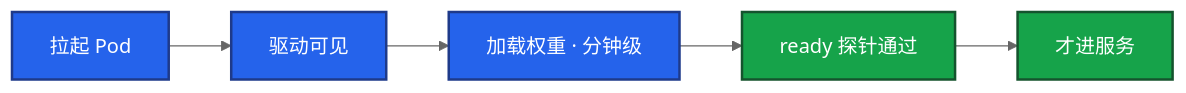
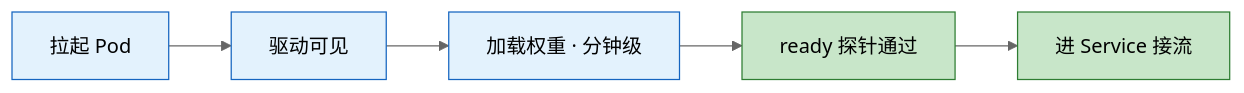
The fifth of 6 diagrams in 09-AI与智能运维/08-GPU与推理服务运维/知识点.md (ml-cuizijun/LearnToLilith), drawn with Mermaid (neutral theme) before and after one commit. The commit also changed other lines of this file and 213 other files, not shown here.

````diff
--- a/09-AI与智能运维/08-GPU与推理服务运维/知识点.md
+++ b/09-AI与智能运维/08-GPU与推理服务运维/知识点.md
@@ -295,12 +230,13 @@
 ```mermaid
 flowchart LR
-    A[拉起 Pod] --> B[驱动可见]
-    B --> C[加载权重 · 分钟级]
-    C --> D[ready 探针通过]
-    D --> E[才进服务]
+    classDef step fill:#e3f2fd,stroke:#1565c0
+    classDef ok fill:#c8e6c9,stroke:#2e7d32
 
-    classDef a fill:#2563EB,stroke:#1E3A8A,stroke-width:2px,color:#fff
-    classDef ok fill:#16A34A,stroke:#14532D,stroke-width:2px,color:#fff
-    class A,B,C a
-    class D,E ok
+    A["拉起 Pod"]:::step
+    B["驱动可见"]:::step
+    C["加载权重 · 分钟级"]:::step
+    D["ready 探针通过"]:::ok
+    E["进 Service 接流"]:::ok
+
+    A --> B --> C --> D --> E
 ```
````
